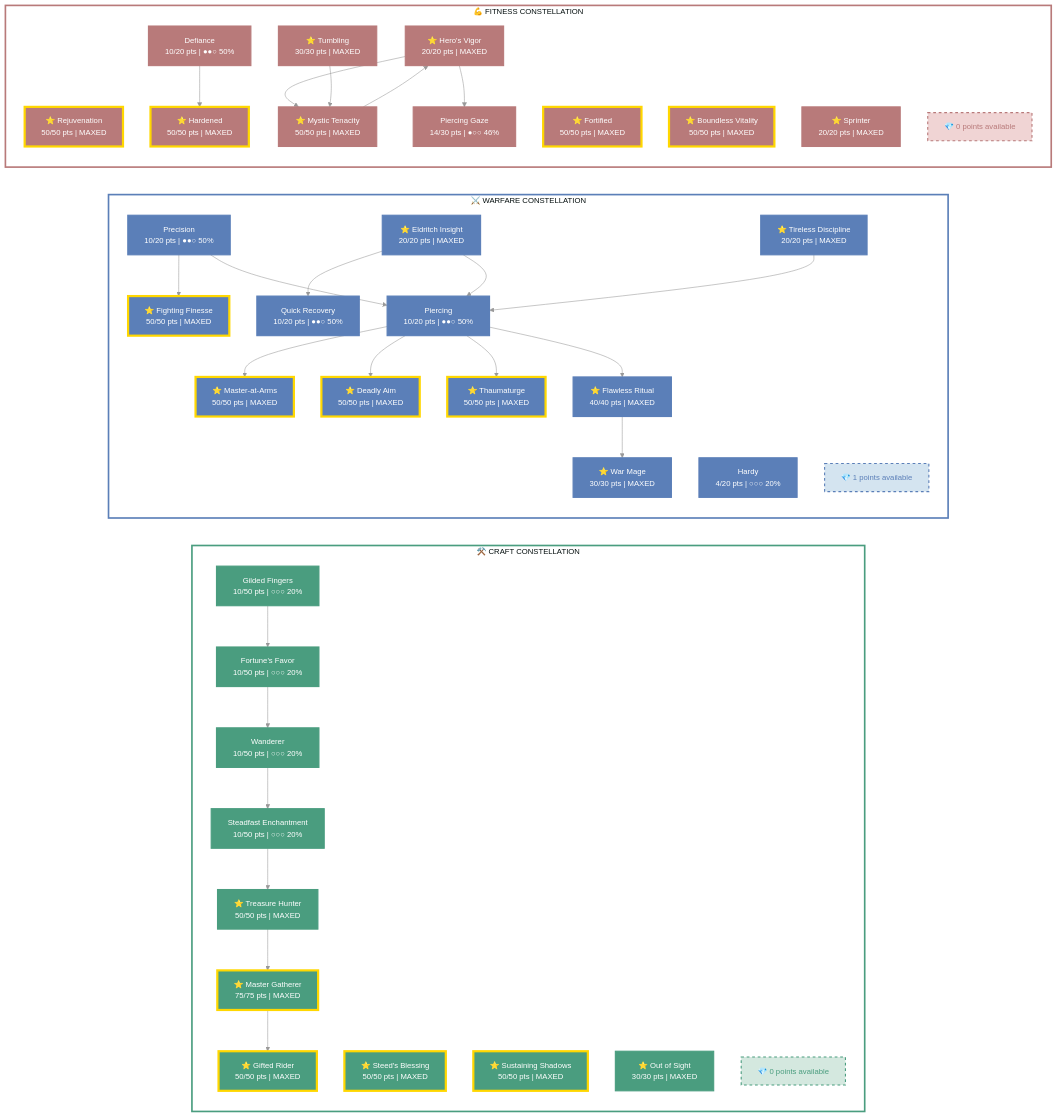
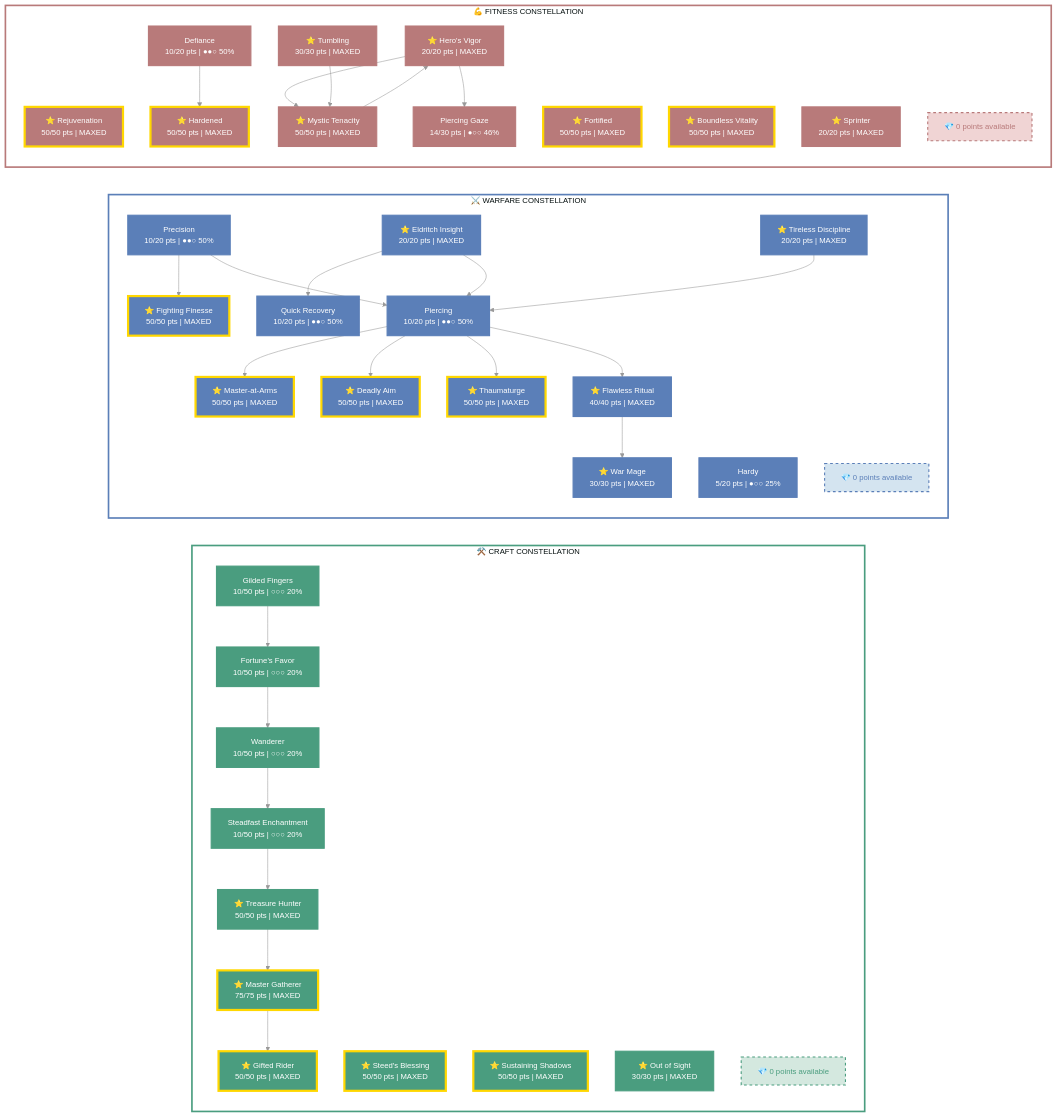
One commit to solaegis/CharacterMarkdown changed the first of 2 diagrams in examples/solaegis/na/rilis_toxil.md. Above: the diagram before and after it, drawn with Mermaid. The commit also changed other lines of this file and 38 other files, not shown here.

````diff
--- a/examples/solaegis/na/rilis_toxil.md
+++ b/examples/solaegis/na/rilis_toxil.md
@@ -370,7 +376,7 @@
   style subCRAFT fill:transparent,stroke:#4a9d7f,stroke-width:3px
 
   %% ========================================
-  %% ⚔️ WARFARE CONSTELLATION (344/564 pts)
+  %% ⚔️ WARFARE CONSTELLATION (345/564 pts)
   %% ========================================
 
   subgraph subWARFARE["⚔️ WARFARE CONSTELLATION"]
@@ -397,7 +403,7 @@
     style W_Piercing fill:#5b7fb8,stroke:#5b7fb8,stroke-width:2px,color:#fff
     W_Precision["Precision<br/>10/20 pts | ●●○ 50%"]
     style W_Precision fill:#5b7fb8,stroke:#5b7fb8,stroke-width:2px,color:#fff
-    W_Hardy["Hardy<br/>4/20 pts | ○○○ 20%"]
+    W_Hardy["Hardy<br/>5/20 pts | ●○○ 25%"]
     style W_Hardy fill:#5b7fb8,stroke:#5b7fb8,stroke-width:2px,color:#fff
 
     %% Connections
@@ -412,7 +418,7 @@
     W_EldritchInsight --> W_Piercing
     W_TirelessDiscipline --> W_Piercing
 
-    WARFARE_AVAIL["💎 1 points available"]
+    WARFARE_AVAIL["💎 0 points available"]
     style WARFARE_AVAIL fill:#d4e4f0,stroke:#5b7fb8,stroke-width:2px,stroke-dasharray:5 5,color:#5b7fb8
 
   end
@@ -459,6 +465,6 @@
   style subFITNESS fill:transparent,stroke:#b87a7a,stroke-width:3px
 
   %% ========================================
-  %% END OF MAIN DIAGRAM
+  %% LEGEND
   %% ========================================
 ```
````
